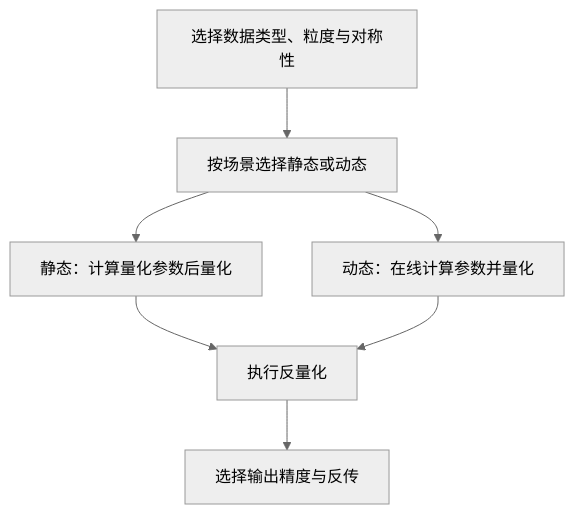
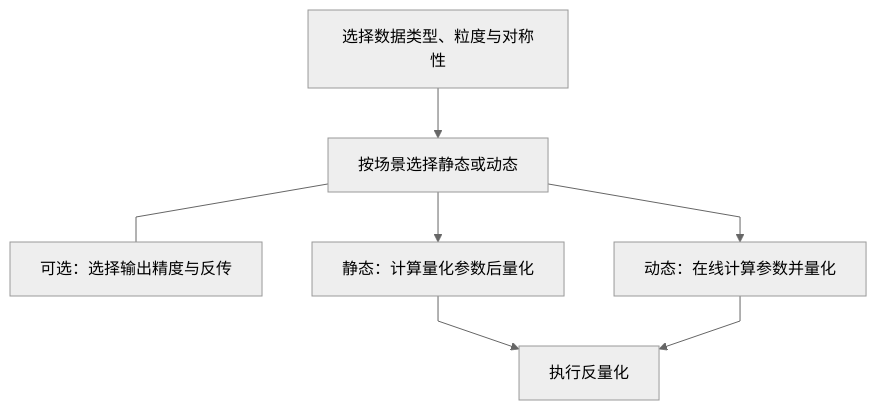
The diagram in msmodelslim/docs/zh/knowledge_base/dtype_ops/usage_dtype_ops.md (mindstudio-docs/master), drawn with Mermaid (neutral theme) before and after one commit. The commit also changed other lines of this file and 51 other files, not shown here.

````diff
--- a/msmodelslim/docs/zh/knowledge_base/dtype_ops/usage_dtype_ops.md
+++ b/msmodelslim/docs/zh/knowledge_base/dtype_ops/usage_dtype_ops.md
@@ -43,9 +43,10 @@
 ```mermaid
+%%{init: {"flowchart": {"curve": "linear"}}}%%
 flowchart TD
-  A[选择数据类型、粒度与对称性] --> B[按场景选择静态或动态]
-  B --> C[静态：计算量化参数后量化]
-  B --> D[动态：在线计算参数并量化]
-  C --> E[执行反量化]
-  D --> E
-  E --> F[选择输出精度与反传]
+  A[选择数据类型、粒度与对称性] --> C[按场景选择静态或动态]
+  C --- B[可选：选择输出精度与反传]
+  C --> D[静态：计算量化参数后量化]
+  C --> E[动态：在线计算参数并量化]
+  D --> F[执行反量化]
+  E --> F
 ```
````
